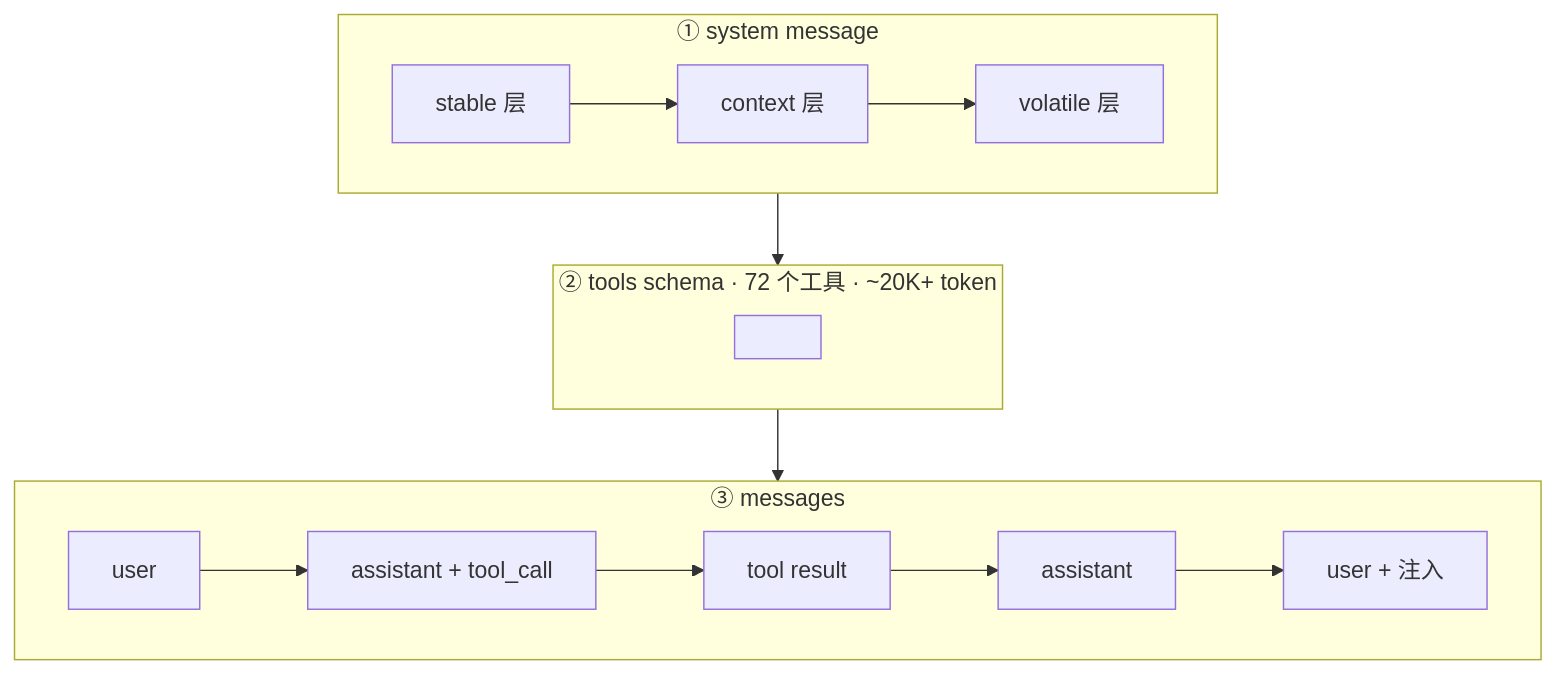
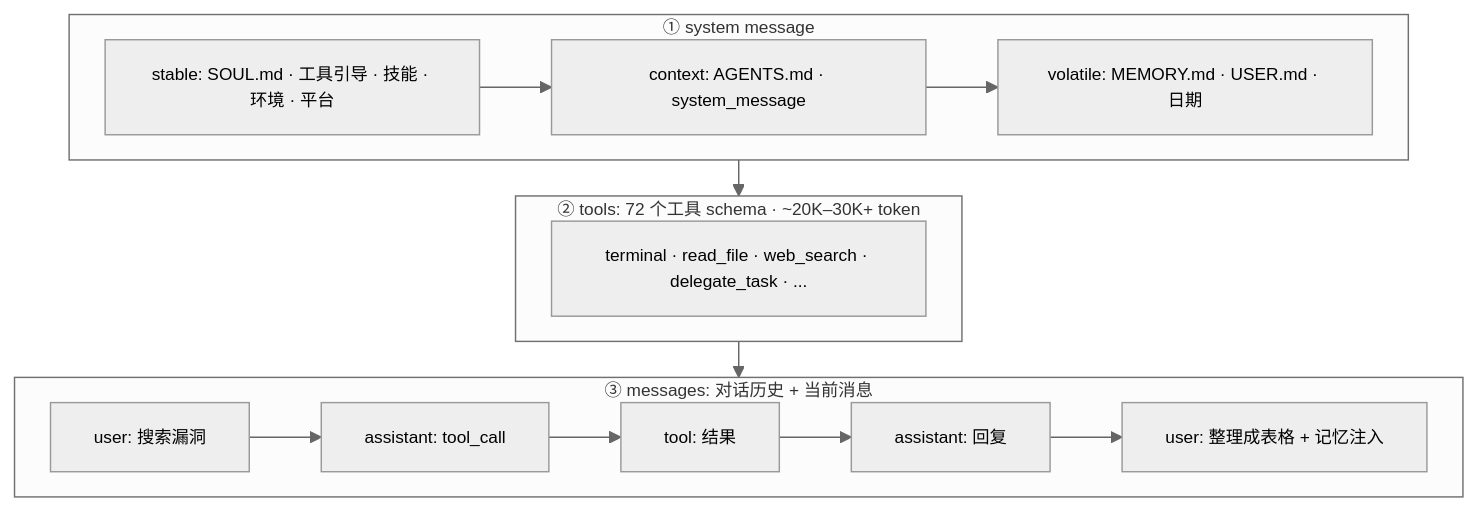
Before and after one commit to fang-lin/hermes-agent-code-analysis: the fourth of 9 diagrams in docs/zh/drafts/02-draft.md, drawn with Mermaid. The commit also changed other lines of this file and 1 other file, not shown here.

First line of the commit message:
第 02 章图表：添加 init 指令缩小字号 + 恢复信息量

````diff
--- a/docs/zh/drafts/02-draft.md
+++ b/docs/zh/drafts/02-draft.md
@@ -211,18 +214,19 @@
 ```mermaid
+%%{init: {"theme": "neutral", "themeVariables": {"fontSize": "12px"}, "flowchart": {"nodeSpacing": 15, "rankSpacing": 25}}}%%
 flowchart TD
     subgraph SYS ["① system message"]
         direction LR
-        STABLE["stable 层"] --> CONTEXT["context 层"] --> VOLATILE["volatile 层"]
+        STABLE["stable: SOUL.md · 工具引导 · 技能 · 环境 · 平台"] --> CONTEXT["context: AGENTS.md · system_message"] --> VOLATILE["volatile: MEMORY.md · USER.md · 日期"]
     end
 
-    subgraph TOOLS_S ["② tools schema · 72 个工具 · ~20K+ token"]
-        T1[" "]
+    subgraph TOOLS_S ["② tools: 72 个工具 schema · ~20K–30K+ token"]
+        T1["terminal · read_file · web_search · delegate_task · ..."]
     end
 
-    subgraph MSGS ["③ messages"]
+    subgraph MSGS ["③ messages: 对话历史 + 当前消息"]
         direction LR
-        H1["user"] --> H2["assistant + tool_call"] --> H3["tool result"] --> H4["assistant"] --> H5["user + 注入"]
+        H1["user: 搜索漏洞"] --> H2["assistant: tool_call"] --> H3["tool: 结果"] --> H4["assistant: 回复"] --> H5["user: 整理成表格 + 记忆注入"]
     end
 
     SYS --> TOOLS_S --> MSGS
 ```
````
